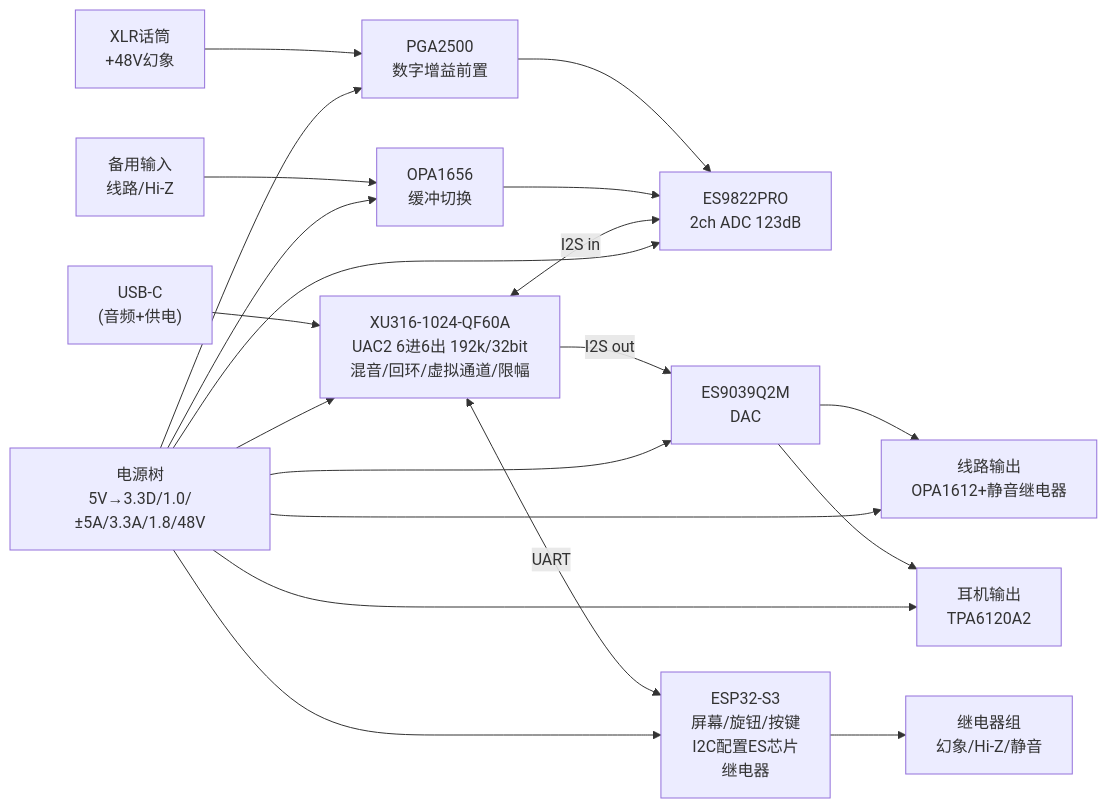
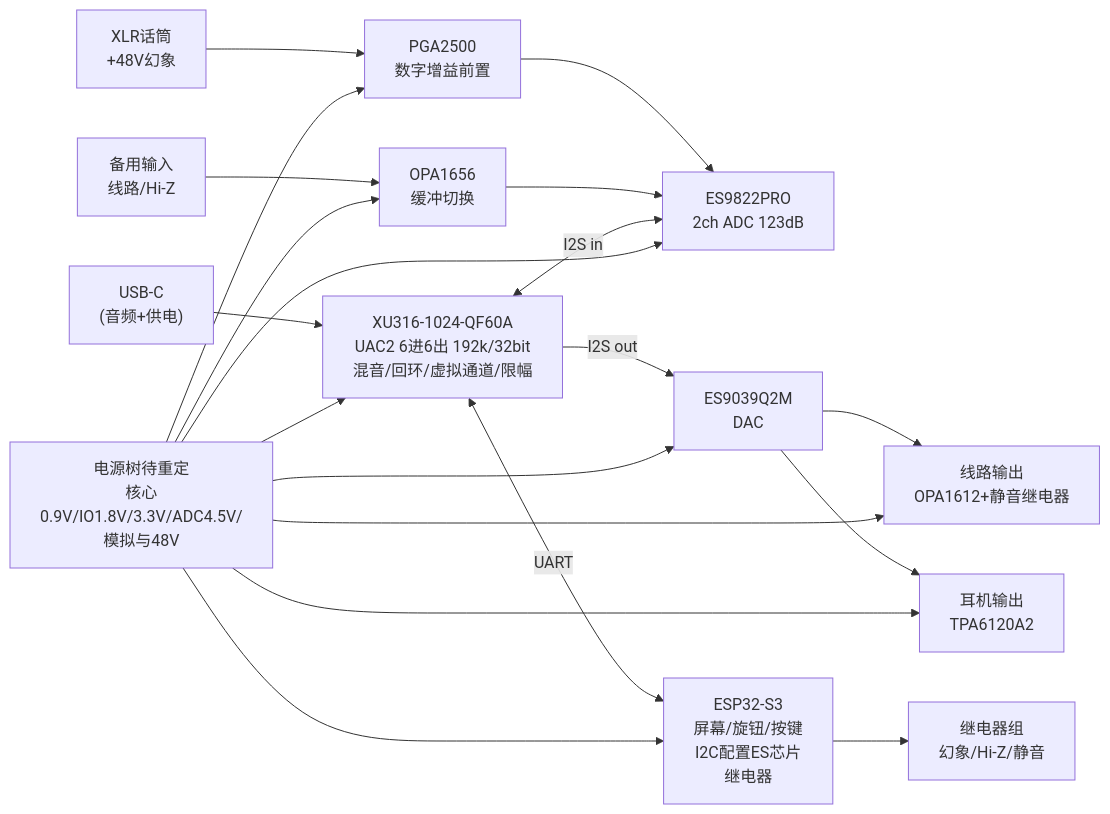
Before and after one commit to keven1229/asio-sound-card: the diagram in docs/schematic/README.md, drawn with Mermaid. The commit also changed other lines of this file and 145 other files, not shown here.

Commit message:
Add Rev A schematic drafts, datasheet audits, and development tooling

````diff
--- a/docs/schematic/README.md
+++ b/docs/schematic/README.md
@@ -7,15 +11,15 @@
 ```mermaid
 flowchart LR
   USB["USB-C<br/>(音频+供电)"] --> XU["XU316-1024-QF60A<br/>UAC2 6进6出 192k/32bit<br/>混音/回环/虚拟通道/限幅"]
   MIC["XLR话筒<br/>+48V幻象"] --> PGA["PGA2500<br/>数字增益前置"]
   BACK["备用输入<br/>线路/Hi-Z"] --> BUF["OPA1656<br/>缓冲切换"]
   PGA --> ADC["ES9822PRO<br/>2ch ADC 123dB"]
   BUF --> ADC
   XU --I2S out--> DAC["ES9039Q2M<br/>DAC"]
   XU <--I2S in--> ADC
   DAC --> LINE["线路输出<br/>OPA1612+静音继电器"]
   DAC --> HP["耳机输出<br/>TPA6120A2"]
   XU <--UART--> ESP["ESP32-S3<br/>屏幕/旋钮/按键<br/>I2C配置ES芯片<br/>继电器"]
   ESP --> RELAY["继电器组<br/>幻象/Hi-Z/静音"]
-  PWR["电源树<br/>5V→3.3D/1.0/±5A/3.3A/1.8/48V"] --> XU & ADC & DAC & PGA & BUF & LINE & HP & ESP
+  PWR["电源树待重定<br/>核心0.9V/IO1.8V/3.3V/ADC4.5V/模拟与48V"] --> XU & ADC & DAC & PGA & BUF & LINE & HP & ESP
 ```
````
